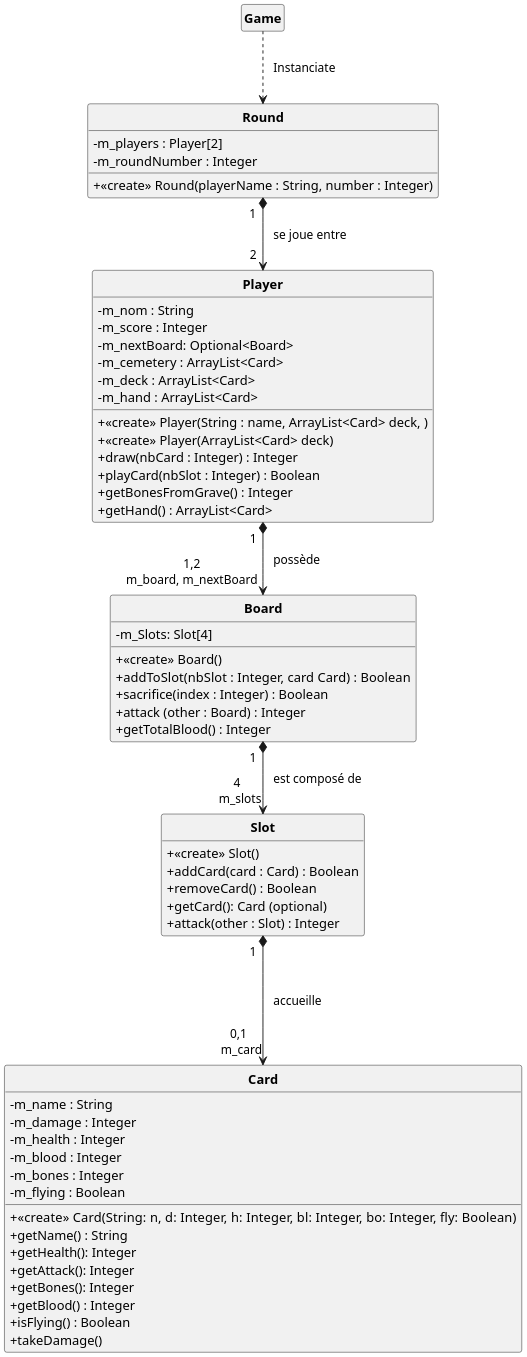
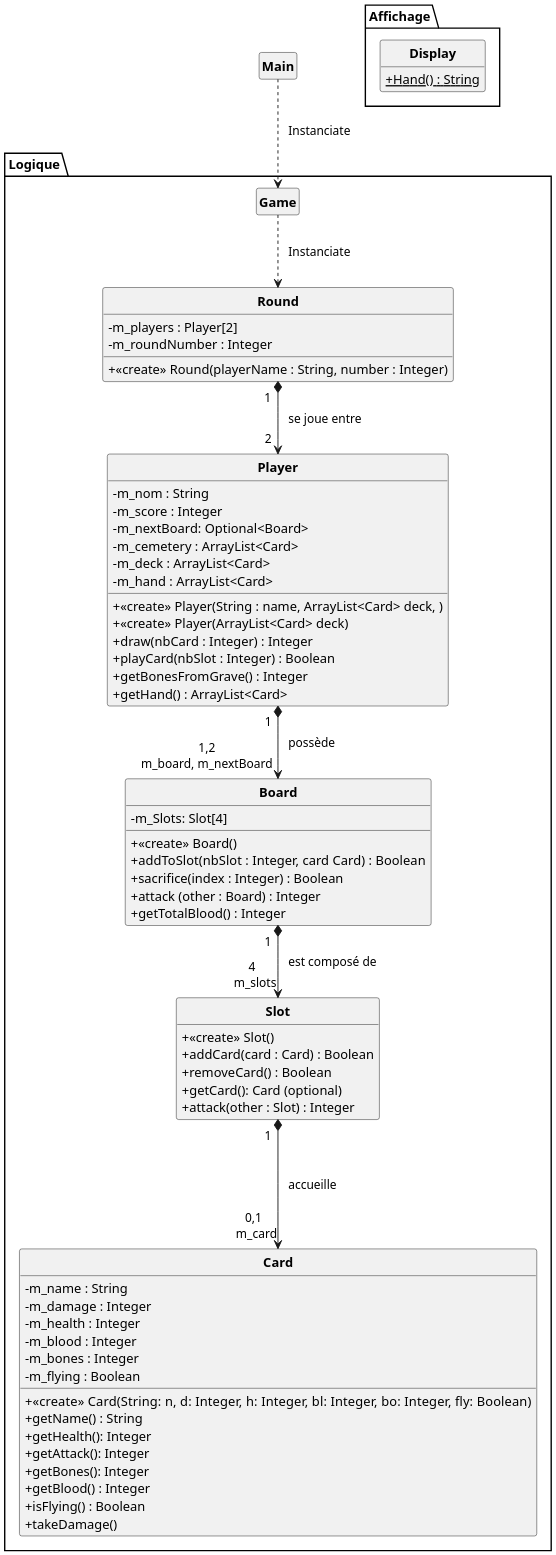
Before and after one commit to Romain-Pampagnin/Asciiption: the diagram in uml/UML.puml, drawn with PlantUML.

```diff
--- a/uml/UML.puml
+++ b/uml/UML.puml
@@ -1,75 +1,89 @@
 @startuml
 'https://plantuml.com/class-diagram'
 scale 2
 skinparam classAttributeIconSize 0
 skinparam classFontStyle Bold
 skinparam style strictuml
 hide empty members
 
+class Main{}
+
+
+package Logique{
+
+Main ..> Game : "   Instanciate"
 
 Board "1  "*-->"4 \n m_slots" Slot : "   est composé de"
 Slot "1  "*---> "0,1 \n m_card"Card : "   accueille"
 Game ..> Round : "   Instanciate"
 Round "1  " *--> "2  " Player : "   se joue entre"
 Player "1  " *--> "1,2\nm_board, m_nextBoard" Board : "   possède"
 
 class Round{
 -m_players : Player[2]
 -m_roundNumber : Integer
 +<<create>> Round(playerName : String, number : Integer)
 }
 
 class Player{
 -m_nom : String
 -m_score : Integer
 -m_nextBoard: Optional<Board>
 -m_cemetery : ArrayList<Card>
 -m_deck : ArrayList<Card>
 -m_hand : ArrayList<Card>
 +<<create>> Player(String : name, ArrayList<Card> deck, )
 +<<create>> Player(ArrayList<Card> deck)
 + draw(nbCard : Integer) : Integer
 + playCard(nbSlot : Integer) : Boolean
 + getBonesFromGrave() : Integer
 + getHand() : ArrayList<Card>
 }
 
 class Card {
 -m_name : String
 -m_damage : Integer
 -m_health : Integer
 -m_blood : Integer
 -m_bones : Integer
 -m_flying : Boolean
 + <<create>> Card(String: n, d: Integer, h: Integer,  bl: Integer, bo: Integer, fly: Boolean)
 + getName() : String
 + getHealth(): Integer
 + getAttack(): Integer
 + getBones(): Integer
 + getBlood() : Integer
 + isFlying() : Boolean
 + takeDamage()
 }
 
 class Slot {
 + <<create>> Slot()
 + addCard(card : Card) : Boolean
 + removeCard() : Boolean
 + getCard(): Card (optional)
 + attack(other : Slot) : Integer
 }
 
 class Board {
 -m_Slots: Slot[4]
 +<<create>> Board()
 + addToSlot(nbSlot : Integer, card Card) : Boolean
 + sacrifice(index : Integer) : Boolean
 + attack (other : Board) : Integer
 + getTotalBlood() : Integer
 /'+ isSlotFree(nbSlot : Integer) : Boolean '/
 }
 
 class Game{
 }
 
+}
+
+Package Affichage{
+class Display{
++{static}Hand() : String
+}
+}
+
 @enduml
```
